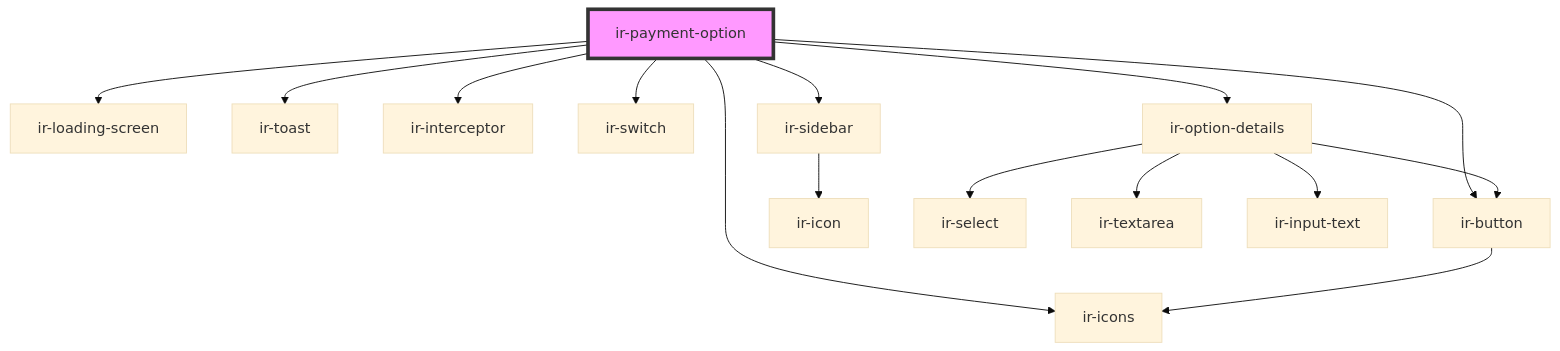
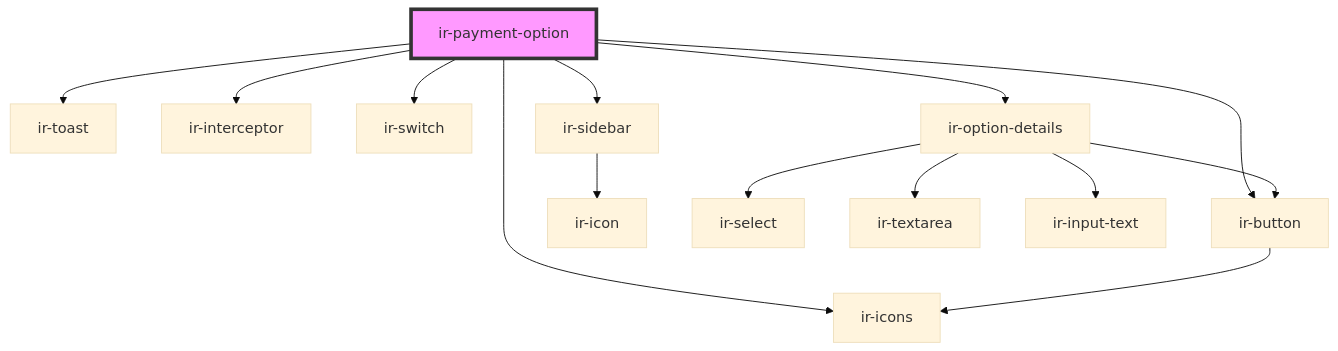
One commit to David1Chowaifaty/modified-ir-webcmp changed the diagram in src/components/ir-payment-option/readme.md. Above: the diagram before and after it, drawn with Mermaid (base theme). The commit also changed other lines of this file and 7 other files, not shown here.

````diff
--- a/src/components/ir-payment-option/readme.md
+++ b/src/components/ir-payment-option/readme.md
@@ -32,18 +32,17 @@
 ```mermaid
 graph TD;
-  ir-payment-option --> ir-loading-screen
   ir-payment-option --> ir-toast
   ir-payment-option --> ir-interceptor
   ir-payment-option --> ir-icons
   ir-payment-option --> ir-switch
   ir-payment-option --> ir-button
   ir-payment-option --> ir-sidebar
   ir-payment-option --> ir-option-details
   ir-button --> ir-icons
   ir-sidebar --> ir-icon
   ir-option-details --> ir-select
   ir-option-details --> ir-textarea
   ir-option-details --> ir-input-text
   ir-option-details --> ir-button
   style ir-payment-option fill:#f9f,stroke:#333,stroke-width:4px
 ```
````
